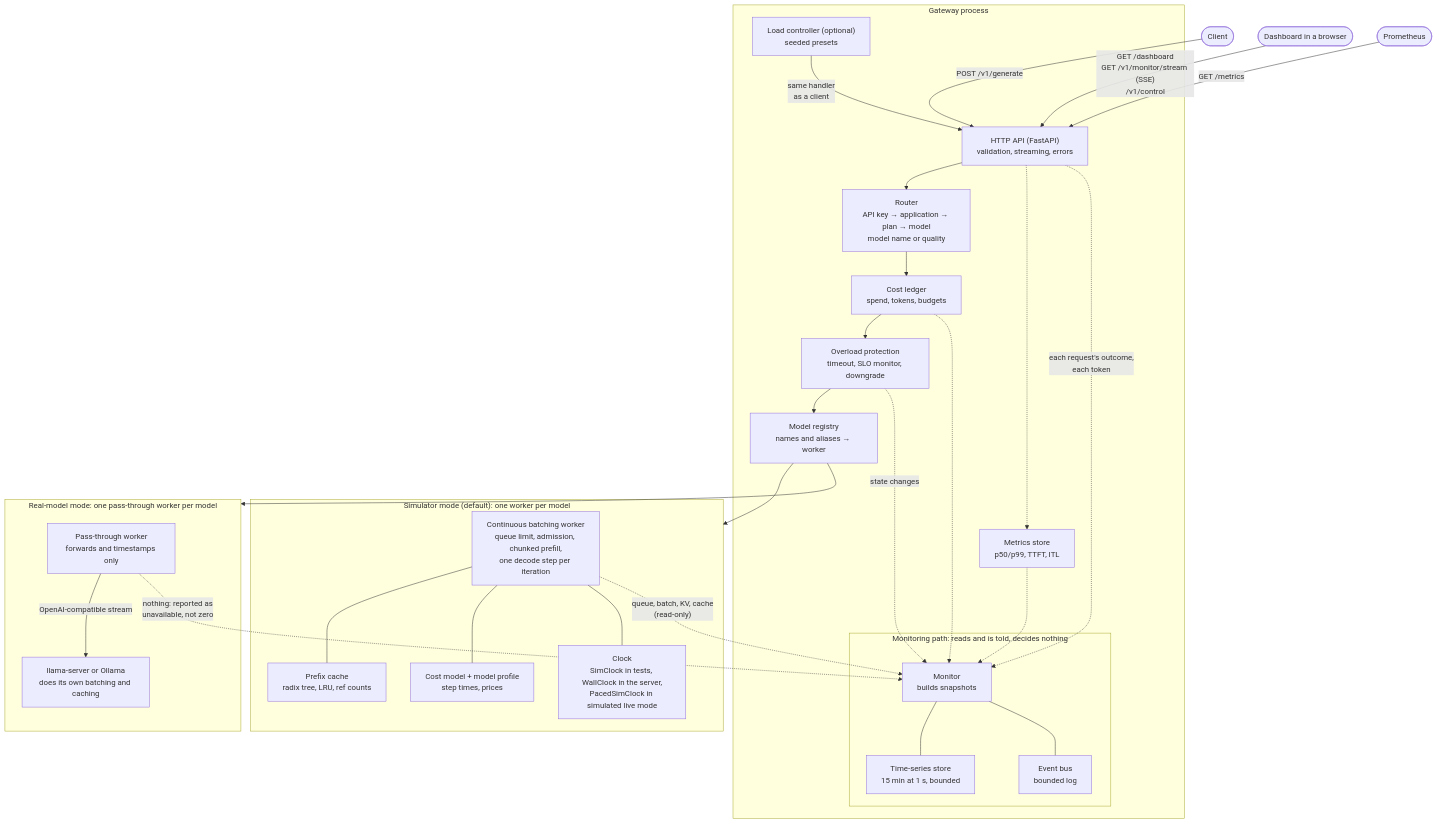
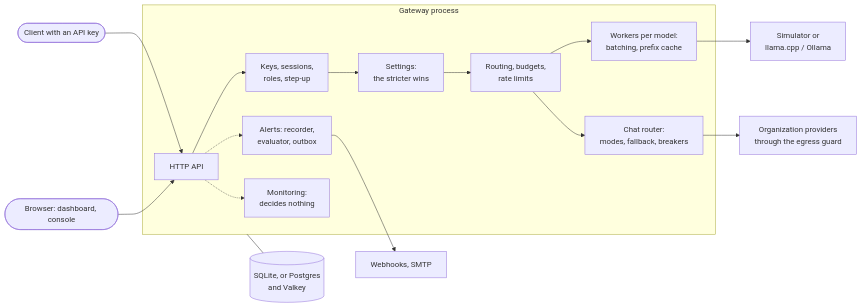
One commit to bala5071/Multi-Model-Inference-Gateway-Simulator changed the diagram in README.md. Above: the diagram before and after it, drawn with Mermaid. The commit also changed other lines of this file and 10 other files, not shown here.

````diff
--- a/README.md
+++ b/README.md
@@ -118,54 +149,18 @@
 ```mermaid
-flowchart TD
-    client([Client]) -->|"POST /v1/generate"| app
-    browser([Dashboard in a browser]) -->|"GET /dashboard<br/>GET /v1/monitor/stream (SSE)<br/>/v1/control"| app
-    prom([Prometheus]) -->|"GET /metrics"| app
-
-    subgraph gateway["Gateway process"]
-        app["HTTP API (FastAPI)<br/>validation, streaming, errors"]
-        router["Router<br/>API key → application → plan → model<br/>model name or quality"]
-        ledger["Cost ledger<br/>spend, tokens, budgets"]
-        overload["Overload protection<br/>timeout, SLO monitor, downgrade"]
-        registry["Model registry<br/>names and aliases → worker"]
-        metrics["Metrics store<br/>p50/p99, TTFT, ITL"]
-
-        app --> router --> ledger --> overload --> registry
-        app -.-> metrics
-
-        subgraph monitoring["Monitoring path: reads and is told, decides nothing"]
-            monitor["Monitor<br/>builds snapshots"]
-            series["Time-series store<br/>15 min at 1 s, bounded"]
-            bus["Event bus<br/>bounded log"]
-            monitor --- series
-            monitor --- bus
-        end
-
-        app -.->|"each request's outcome,<br/>each token"| monitor
-        overload -.->|"state changes"| monitor
-        metrics -.-> monitor
-        ledger -.-> monitor
-        load["Load controller (optional)<br/>seeded presets"] -->|"same handler<br/>as a client"| app
+flowchart LR
+    client(["Client with an API key"]) --> api
+    person(["Browser: dashboard, console"]) --> api
+    subgraph gw["Gateway process"]
+        api["HTTP API"] --> auth["Keys, sessions,<br/>roles, step-up"]
+        auth --> settings["Settings:<br/>the stricter wins"]
+        settings --> limits["Routing, budgets,<br/>rate limits"]
+        limits --> workers["Workers per model:<br/>batching, prefix cache"]
+        limits --> chat["Chat router:<br/>modes, fallback, breakers"]
+        api -.-> alerts["Alerts: recorder,<br/>evaluator, outbox"]
+        api -.-> monitor["Monitoring:<br/>decides nothing"]
     end
-
-    registry --> sim
-    registry --> real
-
-    subgraph sim["Simulator mode (default): one worker per model"]
-        worker["Continuous batching worker<br/>queue limit, admission, chunked prefill,<br/>one decode step per iteration"]
-        cache["Prefix cache<br/>radix tree, LRU, ref counts"]
-        cost["Cost model + model profile<br/>step times, prices"]
-        clock["Clock<br/>SimClock in tests, WallClock in the server,<br/>PacedSimClock in simulated live mode"]
-        worker --- cache
-        worker --- cost
-        worker --- clock
-    end
-
-    subgraph real["Real-model mode: one pass-through worker per model"]
-        pass["Pass-through worker<br/>forwards and timestamps only"]
-        llama["llama-server or Ollama<br/>does its own batching and caching"]
-        pass -->|"OpenAI-compatible stream"| llama
-    end
-
-    worker -.->|"queue, batch, KV, cache<br/>(read-only)"| monitor
-    pass -.->|"nothing: reported as<br/>unavailable, not zero"| monitor
+    workers --> sim["Simulator or<br/>llama.cpp / Ollama"]
+    chat --> hosted["Organization providers<br/>through the egress guard"]
+    alerts --> out["Webhooks, SMTP"]
+    gw --- store[("SQLite, or Postgres<br/>and Valkey")]
 ```
````
